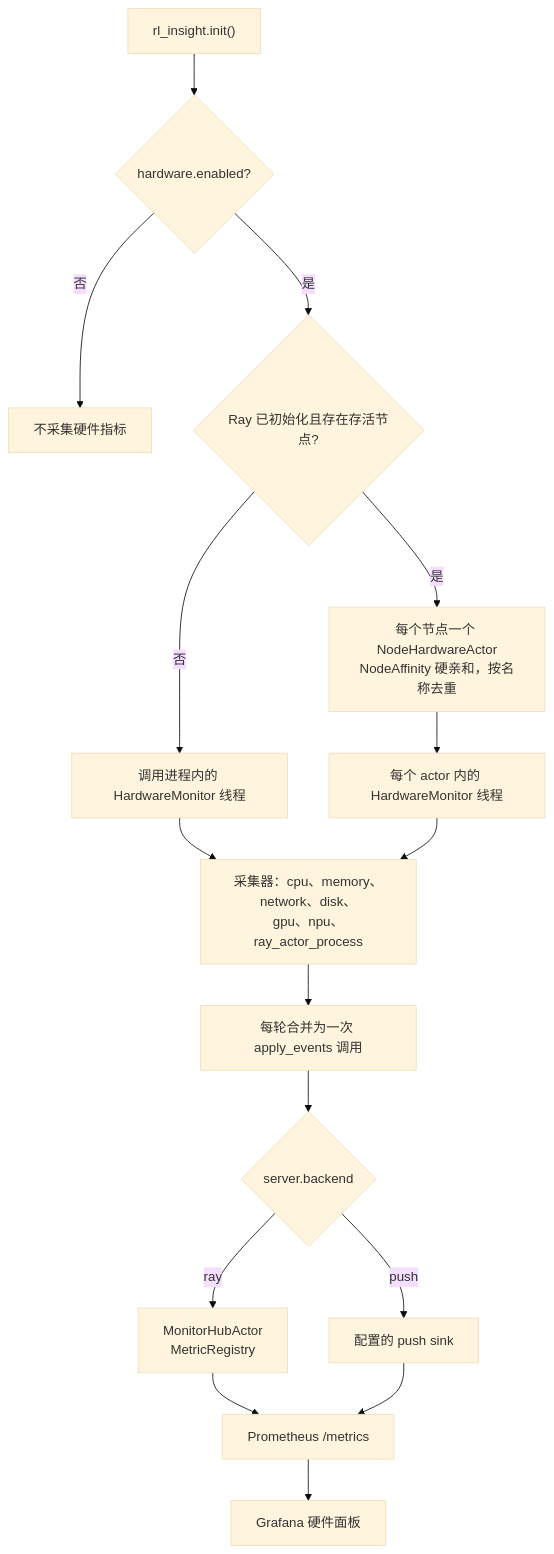
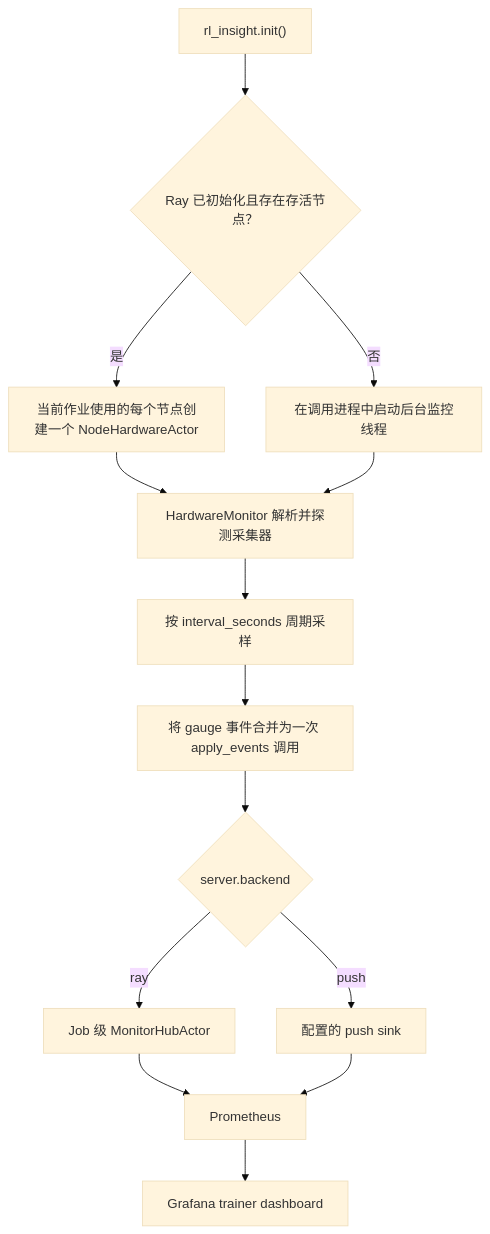
Before and after one commit to confused666/rl-insight: the diagram in docs/monitor/hardware/hardware_monitoring_zh.md, drawn with Mermaid (base theme). The commit also changed other lines of this file and 30 other files, not shown here.

First line of the commit message:
[monitor-collector, monitor-server, monitor-config, doc] fix: address hardware monitoring review comments

````diff
--- a/docs/monitor/hardware/hardware_monitoring_zh.md
+++ b/docs/monitor/hardware/hardware_monitoring_zh.md
@@ -59,18 +78,16 @@
 ```mermaid
 flowchart TD
-    A["rl_insight.init()"] --> B{"hardware.enabled?"}
-    B -- 否 --> Z["不采集硬件指标"]
-    B -- 是 --> C{"Ray 已初始化且存在存活节点?"}
-    C -- 是 --> D["每个节点一个 NodeHardwareActor<br/>NodeAffinity 硬亲和，按名称去重"]
-    C -- 否 --> E["调用进程内的 HardwareMonitor 线程"]
-    D --> F["每个 actor 内的 HardwareMonitor 线程"]
-    E --> G["采集器：cpu、memory、network、disk、<br/>gpu、npu、ray_actor_process"]
-    F --> G
-    G --> H["每轮合并为一次 apply_events 调用"]
-    H --> I{"server.backend"}
-    I -- ray --> J["MonitorHubActor<br/>MetricRegistry"]
-    I -- push --> K["配置的 push sink"]
-    J --> L["Prometheus /metrics"]
-    K --> L
-    L --> M["Grafana 硬件面板"]
+    A["rl_insight.init()"] --> B{"Ray 已初始化且存在存活节点？"}
+    B -- 是 --> C["当前作业使用的每个节点创建一个 NodeHardwareActor"]
+    B -- 否 --> D["在调用进程中启动后台监控线程"]
+    C --> E["HardwareMonitor 解析并探测采集器"]
+    D --> E
+    E --> F["按 interval_seconds 周期采样"]
+    F --> G["将 gauge 事件合并为一次 apply_events 调用"]
+    G --> H{"server.backend"}
+    H -- ray --> I["Job 级 MonitorHubActor"]
+    H -- push --> J["配置的 push sink"]
+    I --> K["Prometheus"]
+    J --> K
+    K --> L["Grafana trainer dashboard"]
 ```
````
